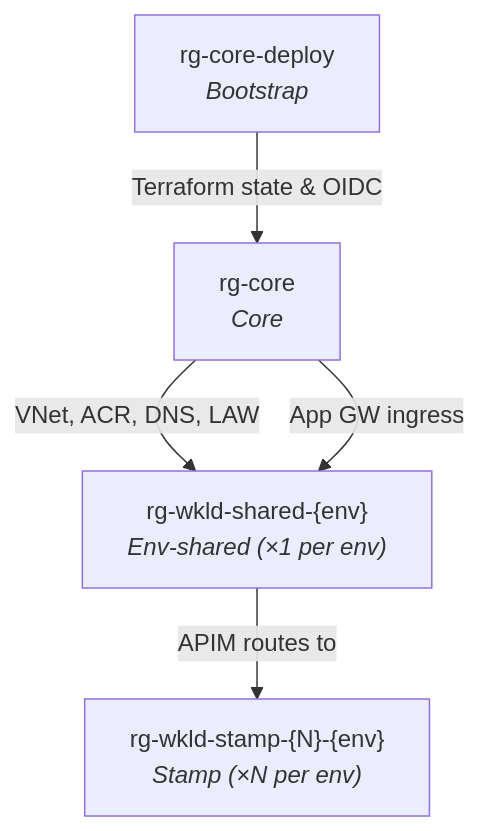
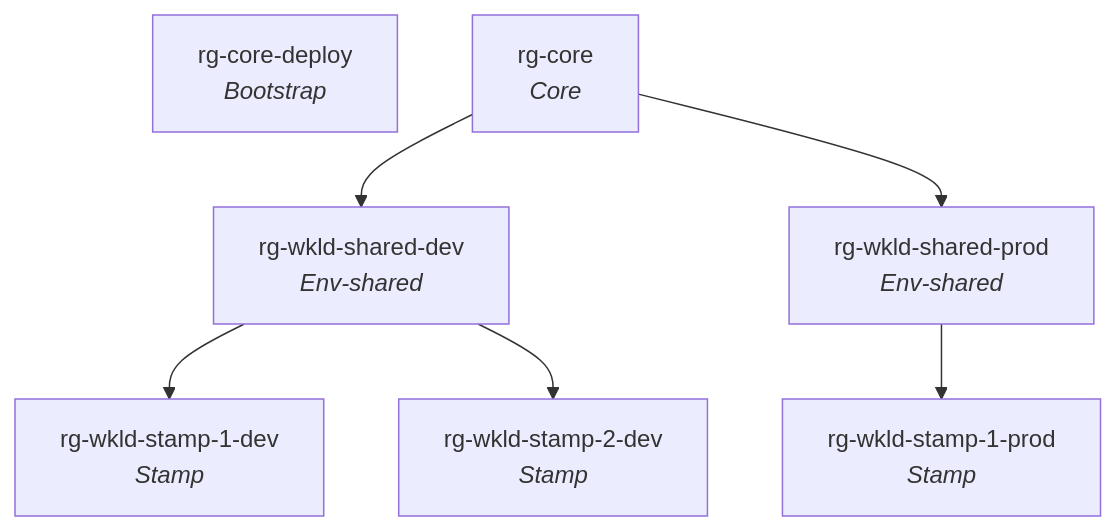
The first of 3 diagrams in README.md (BenSR/azure-demo), drawn with Mermaid before and after one commit.

Commit message:
feat: update architecture diagram to specify shared resources and stamp instances for dev and prod environments

````diff
--- a/README.md
+++ b/README.md
@@ -43,12 +43,16 @@
 ```mermaid
 graph TD
     Bootstrap["rg-core-deploy<br/><i>Bootstrap</i>"]
     Core["rg-core<br/><i>Core</i>"]
-    EnvShared["rg-wkld-shared-{env}<br/><i>Env-shared (×1 per env)</i>"]
-    Stamp["rg-wkld-stamp-{N}-{env}<br/><i>Stamp (×N per env)</i>"]
+    DevShared["rg-wkld-shared-dev<br/><i>Env-shared</i>"]
+    ProdShared["rg-wkld-shared-prod<br/><i>Env-shared</i>"]
+    DevStamp1["rg-wkld-stamp-1-dev<br/><i>Stamp</i>"]
+    DevStamp2["rg-wkld-stamp-2-dev<br/><i>Stamp</i>"]
+    ProdStamp1["rg-wkld-stamp-1-prod<br/><i>Stamp</i>"]
 
-    Bootstrap -- "Terraform state & OIDC" --> Core
-    Core -- "VNet, ACR, DNS, LAW" --> EnvShared
-    Core -- "App GW ingress" --> EnvShared
-    EnvShared -- "APIM routes to" --> Stamp
+    Core --> DevShared
+    Core --> ProdShared
+    DevShared --> DevStamp1
+    DevShared --> DevStamp2
+    ProdShared --> ProdStamp1
 ```
````
